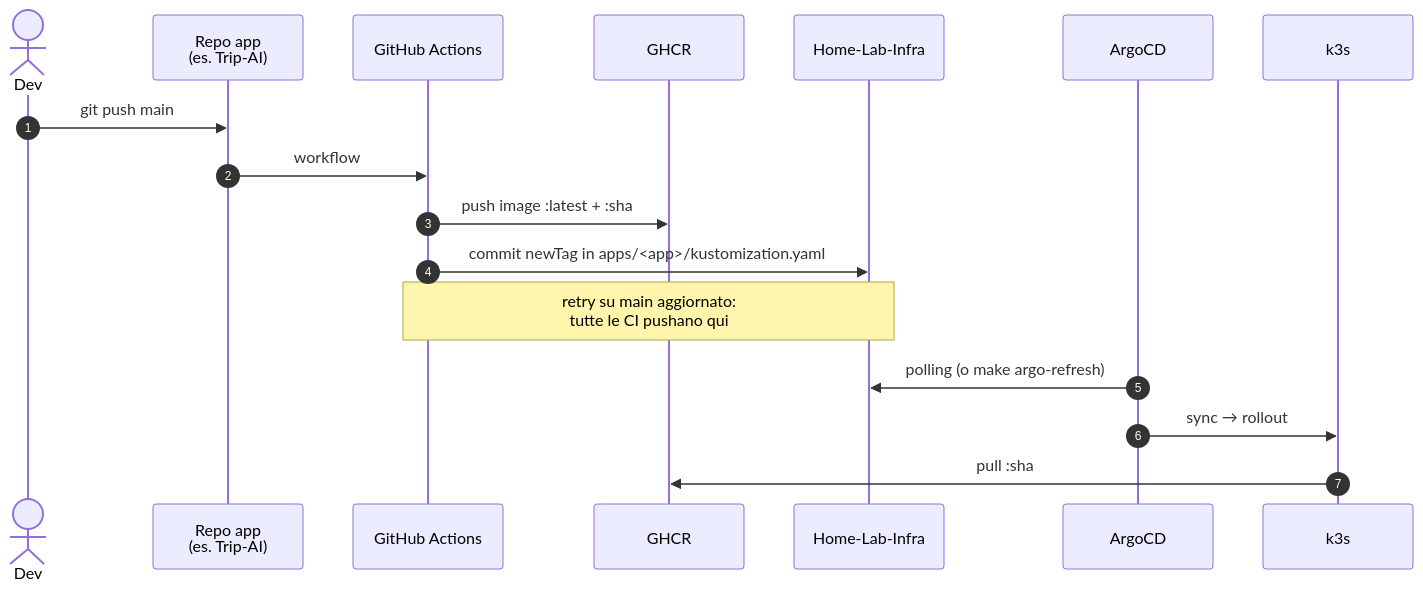
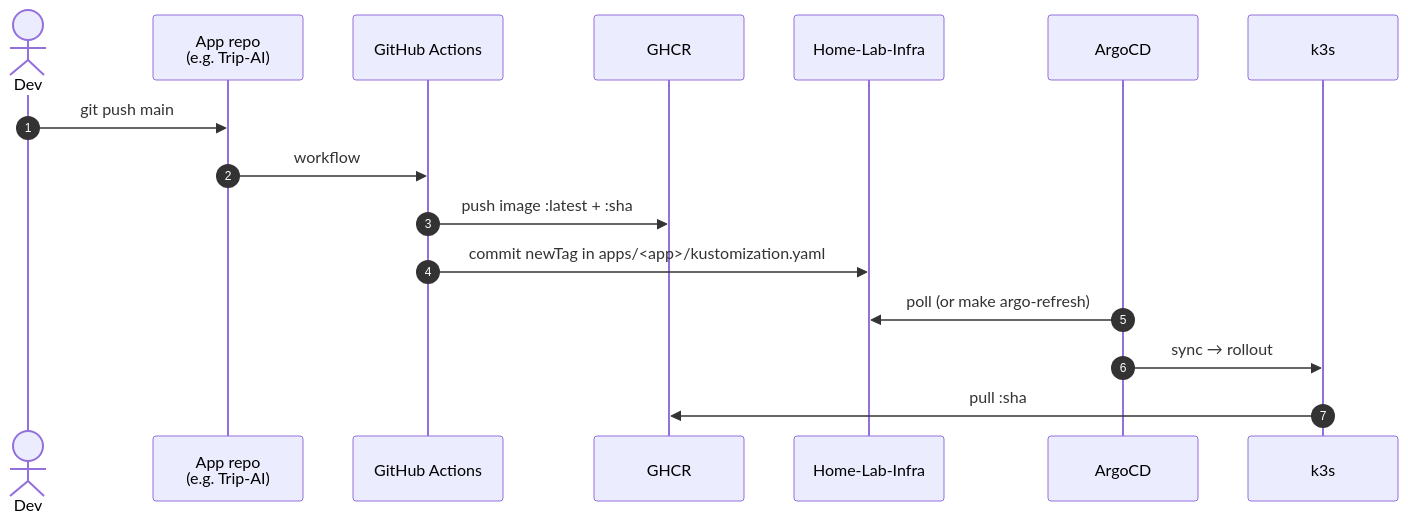
The diagram in README.md (gmottola00/Home-Lab-Infra), drawn with Mermaid before and after one commit. The commit also changed other lines of this file and 5 other files, not shown here.

````diff
--- a/README.md
+++ b/README.md
@@ -116,20 +132,19 @@
 ```mermaid
 sequenceDiagram
     autonumber
     actor Dev
-    participant App as Repo app<br/>(es. Trip-AI)
+    participant App as App repo<br/>(e.g. Trip-AI)
     participant CI as GitHub Actions
     participant GHCR
     participant Infra as Home-Lab-Infra
     participant Argo as ArgoCD
     participant K8s as k3s
 
     Dev->>App: git push main
     App->>CI: workflow
     CI->>GHCR: push image :latest + :sha
     CI->>Infra: commit newTag in apps/#lt;app#gt;/kustomization.yaml
-    Note over CI,Infra: retry su main aggiornato:<br/>tutte le CI pushano qui
-    Argo->>Infra: polling (o make argo-refresh)
+    Argo->>Infra: poll (or make argo-refresh)
     Argo->>K8s: sync → rollout
     K8s->>GHCR: pull :sha
 ```
````
